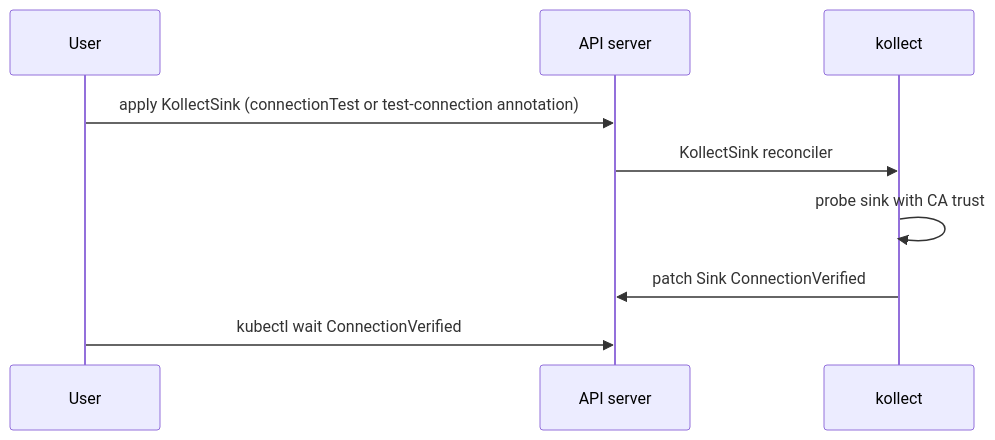
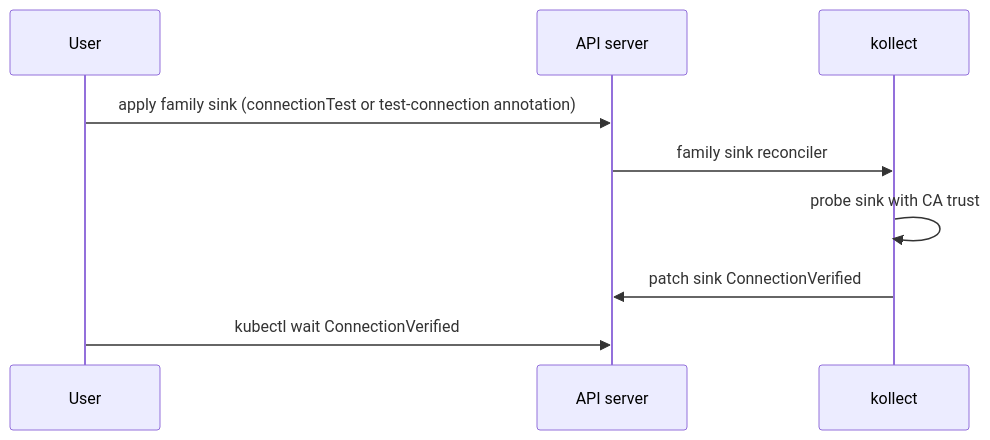
The diagram in docs/adr/0202-static-vs-reconciled.md (PlatformRelay/Kollect), drawn with Mermaid before and after one commit. The commit also changed other lines of this file and 6 other files, not shown here.

First line of the commit message:
:memo: docs(adr): retcon KollectSink ADRs to family sinks

````diff
--- a/docs/adr/0202-static-vs-reconciled.md
+++ b/docs/adr/0202-static-vs-reconciled.md
@@ -80,11 +87,11 @@
 ```mermaid
 sequenceDiagram
   participant User
   participant API as API server
   participant Op as kollect
-  User->>API: apply KollectSink (connectionTest or test-connection annotation)
-  API->>Op: KollectSink reconciler
+  User->>API: apply family sink (connectionTest or test-connection annotation)
+  API->>Op: family sink reconciler
   Op->>Op: probe sink with CA trust
-  Op->>API: patch Sink ConnectionVerified
+  Op->>API: patch sink ConnectionVerified
   User->>API: kubectl wait ConnectionVerified
 ```
````
